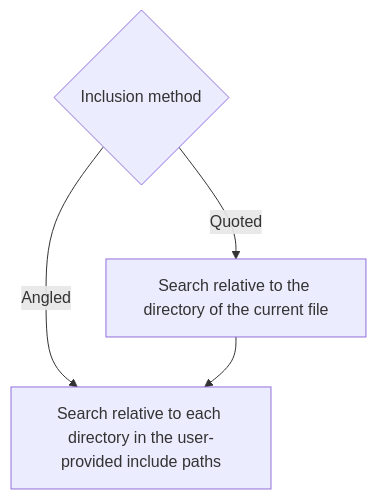
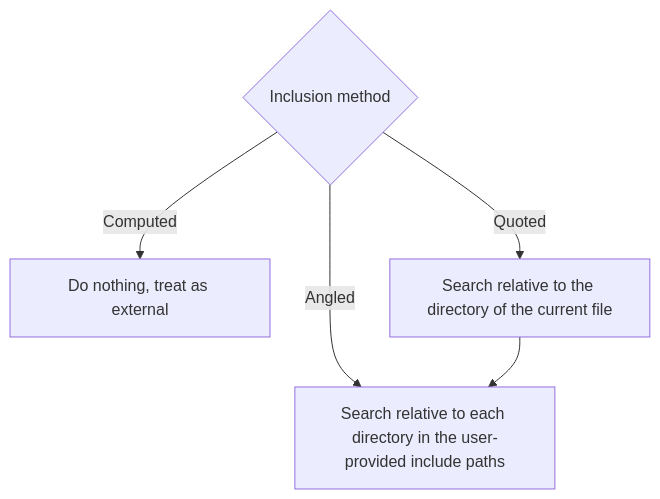
One commit to msqr1/importizer changed the first of 2 diagrams in HowItWorks.md. Above: the diagram before and after it, drawn with Mermaid. The commit also changed other lines of this file and 4 other files, not shown here.

````diff
--- a/HowItWorks.md
+++ b/HowItWorks.md
@@ -85,7 +85,8 @@
 ```mermaid
 flowchart TD
 A{Inclusion method}
+A --> |Computed| D[Do nothing, treat as external]
 A --> |Quoted| B[Search relative to the directory of the current file]
 A --> |Angled| C[Search relative to each directory in the user-provided include paths]
 B --> C
 ```
````
